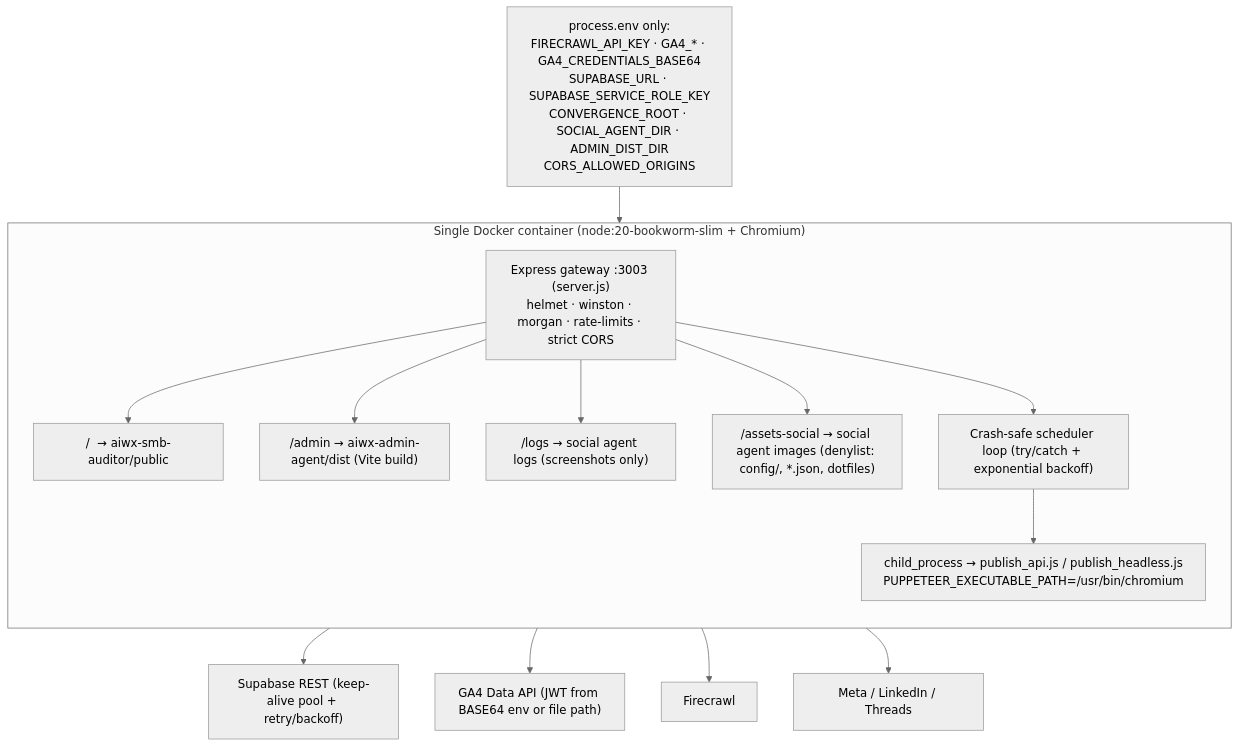
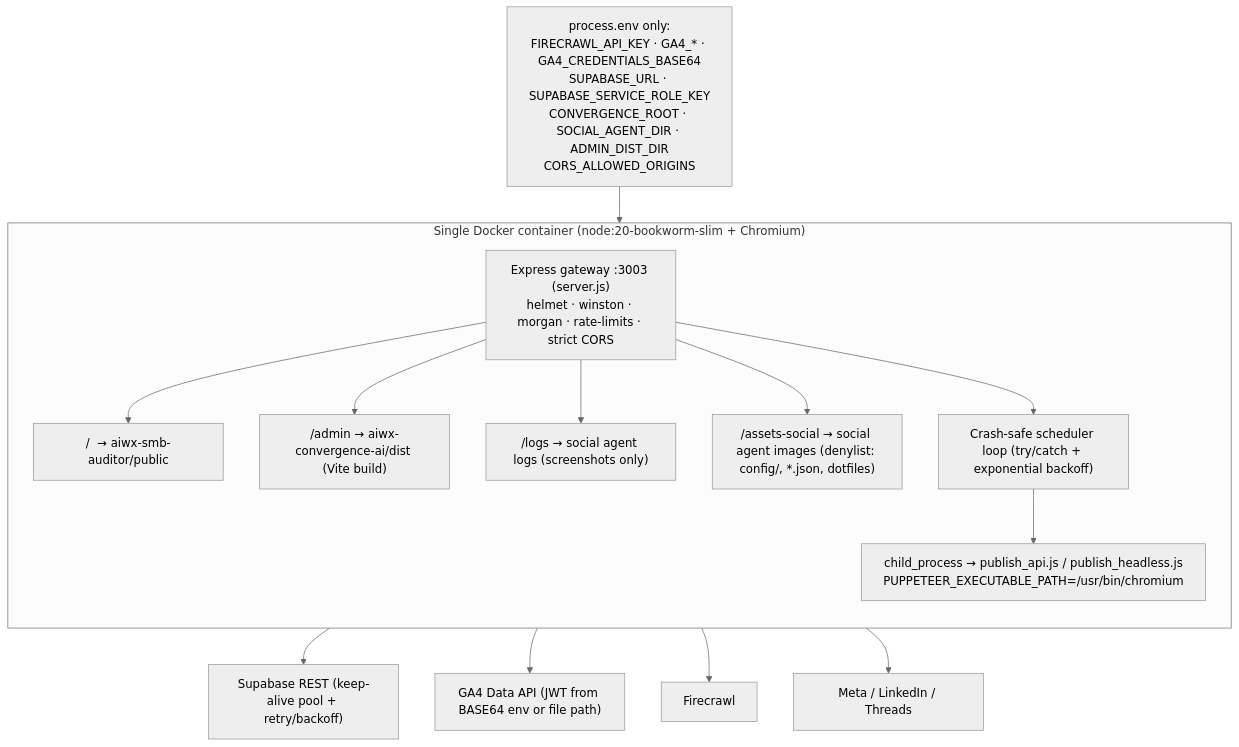
The second of 3 diagrams in docs/SYSTEM_ASSESSMENT.md (OlaMaeGunn25/convergence), drawn with Mermaid (neutral theme) before and after one commit. The commit also changed other lines of this file and 107 other files, not shown here.

Commit message:
Rename aiwx-admin-agent -> aiwx-convergence-ai + update references

````diff
--- a/docs/SYSTEM_ASSESSMENT.md
+++ b/docs/SYSTEM_ASSESSMENT.md
@@ -123,25 +123,25 @@
 ```mermaid
 flowchart TB
     subgraph container["Single Docker container (node:20-bookworm-slim + Chromium)"]
         direction TB
         GW["Express gateway :3003 (server.js)\nhelmet · winston · morgan · rate-limits · strict CORS"]
         STATIC1["/  → aiwx-smb-auditor/public"]
-        STATIC2["/admin → aiwx-admin-agent/dist (Vite build)"]
+        STATIC2["/admin → aiwx-convergence-ai/dist (Vite build)"]
         STATIC3["/logs → social agent logs (screenshots only)"]
         ASSETS["/assets-social → social agent images (denylist: config/, *.json, dotfiles)"]
         SCHEDL["Crash-safe scheduler loop (try/catch + exponential backoff)"]
         CHILD["child_process → publish_api.js / publish_headless.js\nPUPPETEER_EXECUTABLE_PATH=/usr/bin/chromium"]
         GW --> STATIC1 & STATIC2 & STATIC3 & ASSETS
         GW --> SCHEDL --> CHILD
     end
 
     ENV["process.env only:\nFIRECRAWL_API_KEY · GA4_* · GA4_CREDENTIALS_BASE64\nSUPABASE_URL · SUPABASE_SERVICE_ROLE_KEY\nCONVERGENCE_ROOT · SOCIAL_AGENT_DIR · ADMIN_DIST_DIR\nCORS_ALLOWED_ORIGINS"]
     SUPA["Supabase REST (keep-alive pool + retry/backoff)"]
     GA["GA4 Data API (JWT from BASE64 env or file path)"]
     FIRE["Firecrawl"]
     META["Meta / LinkedIn / Threads"]
 
     ENV --> container
     GW --> SUPA & GA & FIRE
     CHILD --> META
 ```
````
